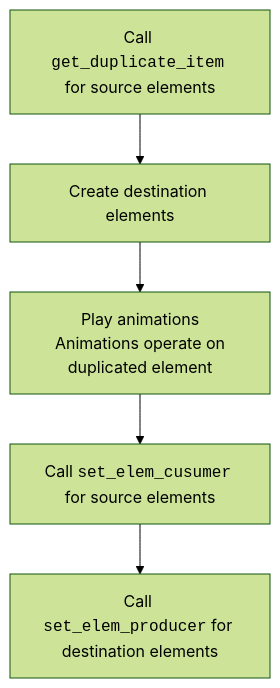
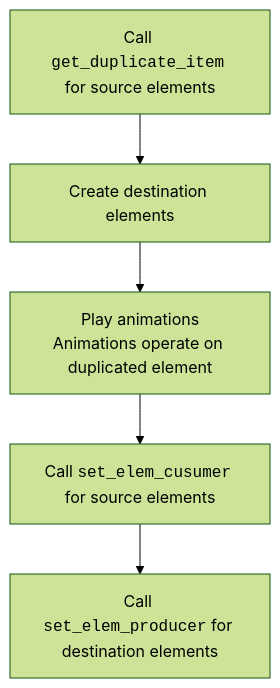
One commit to wangeddie67/isa_manim changed the second of 2 diagrams in docs/docs/1-references/30-scene/34-refer-count.md. Above: the diagram before and after it, drawn with Mermaid (forest theme). The commit also changed other lines of this file and 21 other files, not shown here.

````diff
--- a/docs/docs/1-references/30-scene/34-refer-count.md
+++ b/docs/docs/1-references/30-scene/34-refer-count.md
@@ -73,11 +77,11 @@
 ``` mermaid
 flowchart TB
 
 A1[Call <code>get_duplicate_item</code> for source elements]
 A2[Create destination elements]
-A3[Play animations<br> Animations operate on duplicated element]
+A3[Play animations<br>Animations operate on duplicated element]
 A4[Call <code>set_elem_cusumer</code> for source elements]
 A5[Call <code>set_elem_producer</code> for destination elements]
 
 A1-->A2-->A3-->A4-->A5
 ```
````
